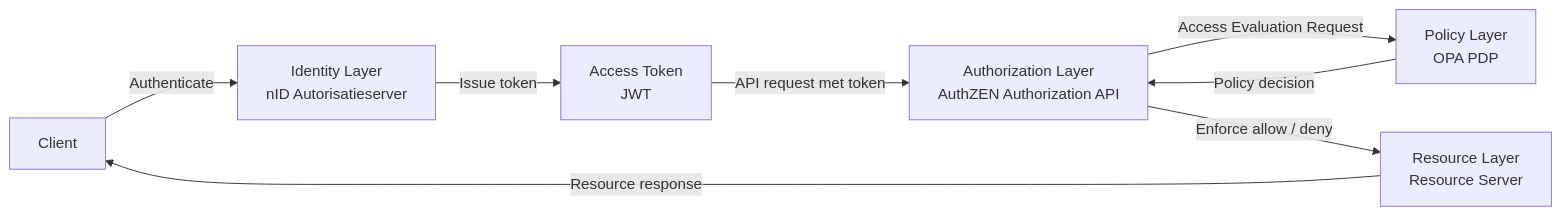
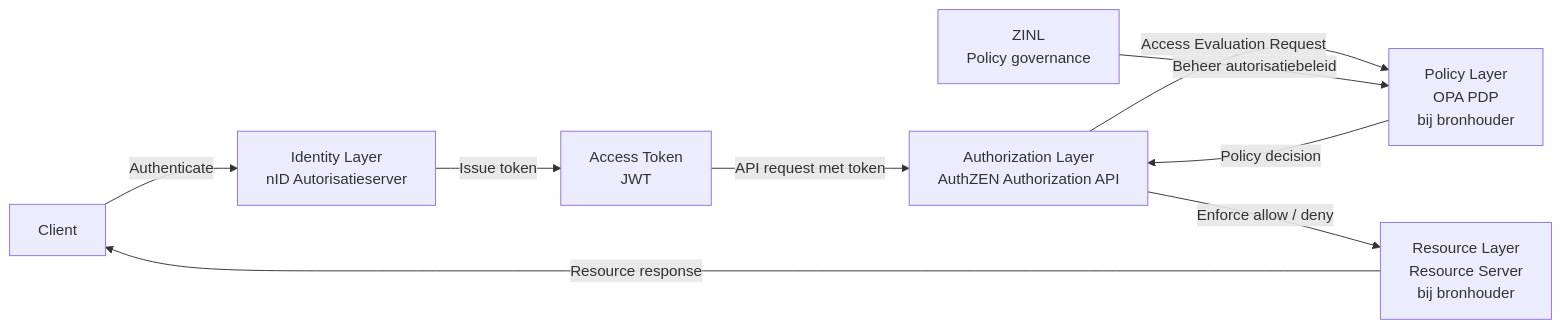
The third of 3 diagrams in RFC/RFC0052 - Autorisatie standaardisatie.md (iStandaarden/iWlz-RequestForComment), drawn with Mermaid before and after one commit. The commit also changed other lines of this file, not shown here.

Commit message:
federatie governance policies toegevoegd

````diff
--- a/RFC/RFC0052 - Autorisatie standaardisatie.md
+++ b/RFC/RFC0052 - Autorisatie standaardisatie.md
@@ -185,24 +202,28 @@
 ```mermaid
 flowchart LR
     C[Client]
 
     ID[Identity Layer<br/>nID Autorisatieserver]
 
     TOK[Access Token<br/>JWT]
 
     AZ[Authorization Layer<br/>AuthZEN Authorization API]
 
-    PDP[Policy Layer<br/>OPA PDP]
+    PDP[Policy Layer<br/>OPA PDP<br/>bij bronhouder]
 
-    RS[Resource Layer<br/>Resource Server]
+    RS[Resource Layer<br/>Resource Server<br/>bij bronhouder]
+
+    Z[ZINL<br/>Policy governance]
 
     C -->|Authenticate| ID
     ID -->|Issue token| TOK
     TOK -->|API request met token| AZ
 
     AZ -->|Access Evaluation Request| PDP
     PDP -->|Policy decision| AZ
 
     AZ -->|Enforce allow / deny| RS
     RS -->|Resource response| C
+
+    Z -->|Beheer autorisatiebeleid| PDP
 ```
````
